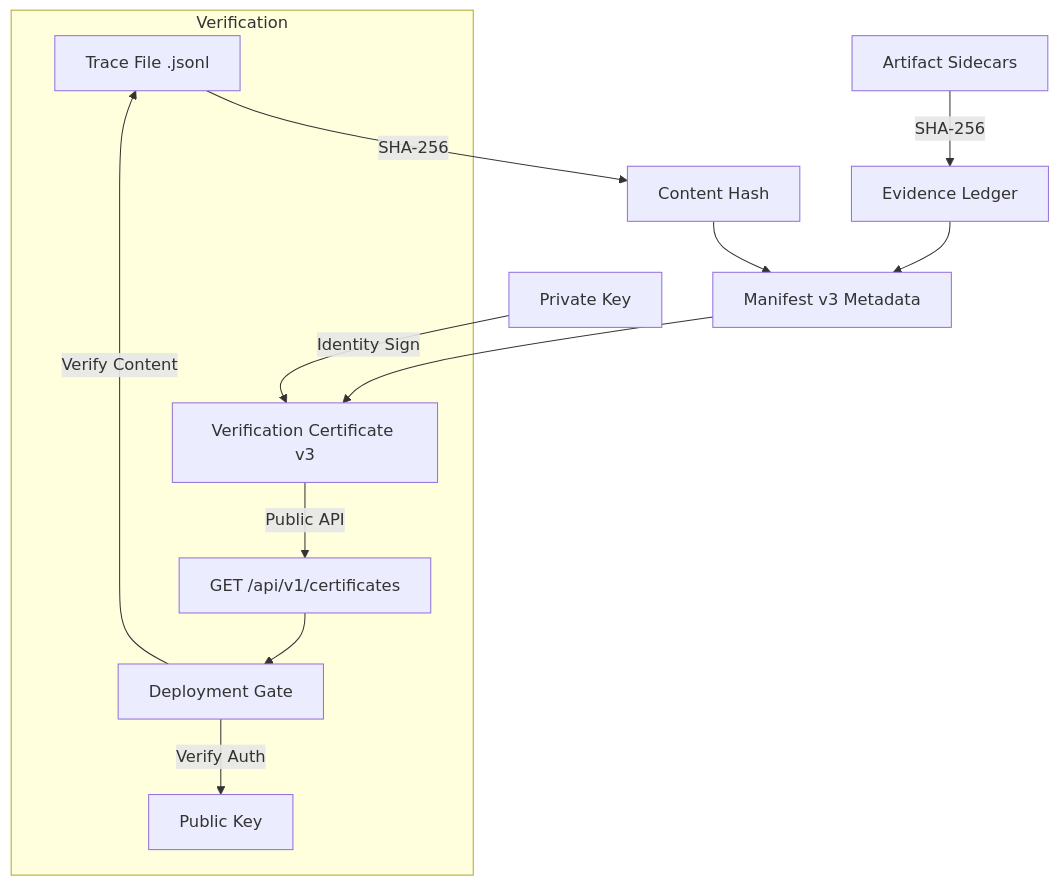
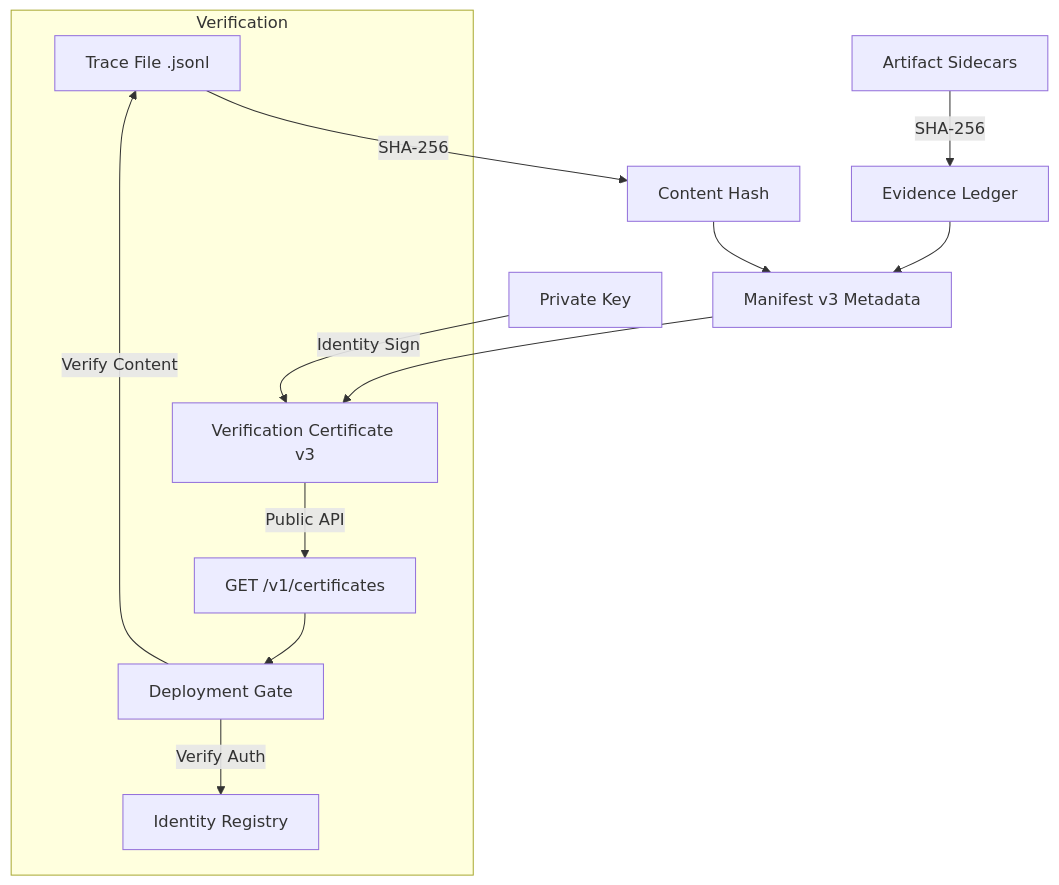
Before and after one commit to najeed/ai-agent-eval-harness: the diagram in docs/src/content/docs/auditor/trust-protocol.md, drawn with Mermaid. The commit also changed other lines of this file and 110 other files, not shown here.

````diff
--- a/docs/src/content/docs/auditor/trust-protocol.md
+++ b/docs/src/content/docs/auditor/trust-protocol.md
@@ -12,16 +12,16 @@
 ```mermaid
 graph TD
     A[Trace File .jsonl] -->|SHA-256| B[Content Hash]
     B --> C[Manifest v3 Metadata]
     S[Artifact Sidecars] -->|SHA-256| L[Evidence Ledger]
     L --> C
     D[Private Key] -->|Identity Sign| E[Verification Certificate v3]
     C --> E
     
     subgraph "Verification"
-        E -->|Public API| H[GET /api/v1/certificates]
+        E -->|Public API| H[GET /v1/certificates]
         H --> I[Deployment Gate]
-        I -->|Verify Auth| J[Public Key]
+        I -->|Verify Auth| J[Identity Registry]
         I -->|Verify Content| A
     end
 ```
````
